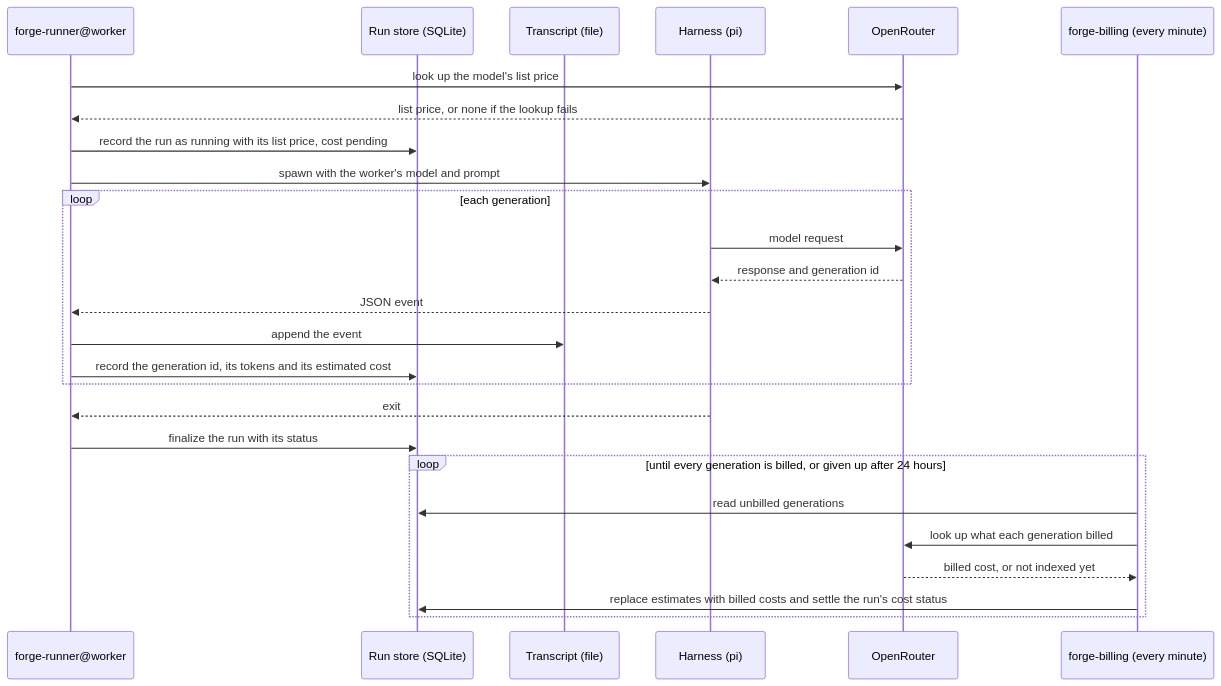
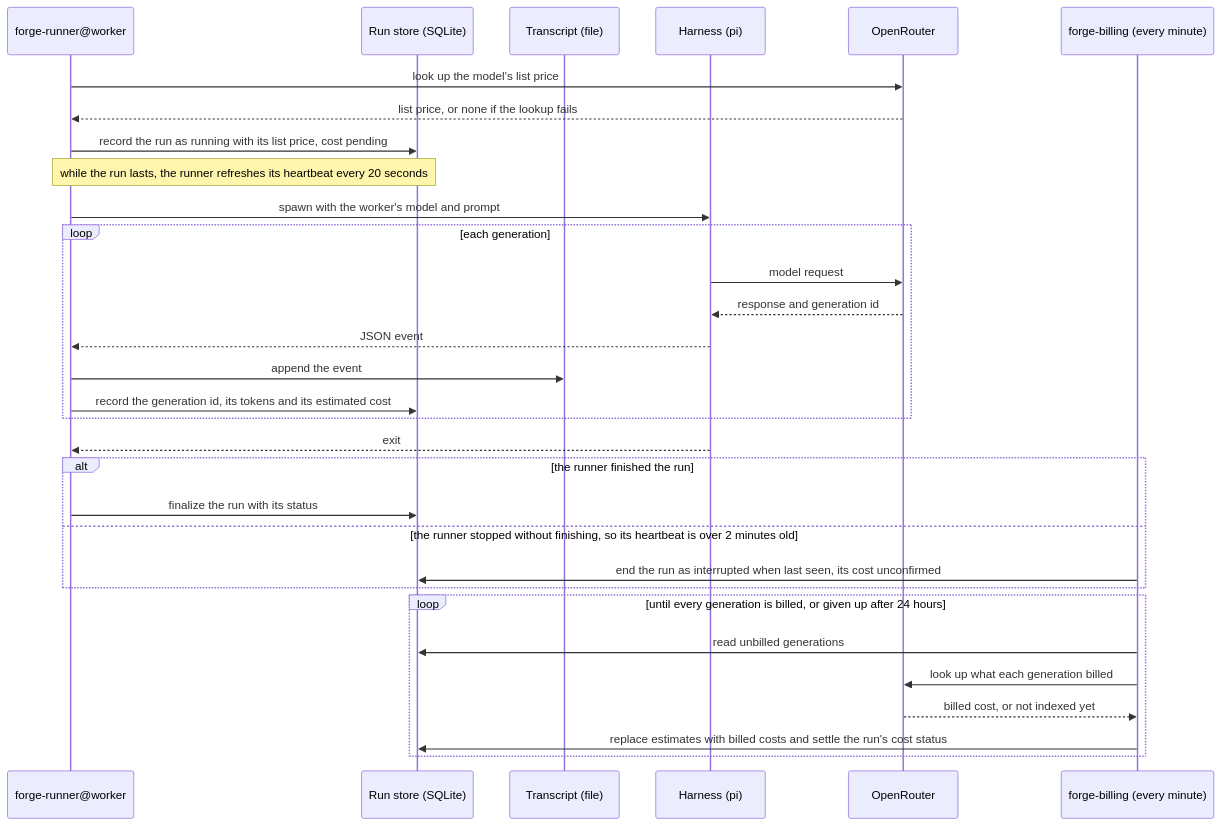
The third of 3 diagrams in README.md (rameezk/forge), drawn with Mermaid before and after one commit. The commit also changed 25 other files, not shown here.

Commit message:
feat: end a run whose runner stopped as interrupted (#271)

````diff
--- a/README.md
+++ b/README.md
@@ -99,29 +99,34 @@
 ```mermaid
 sequenceDiagram
     participant R as forge-runner@worker
     participant S as Run store (SQLite)
     participant T as Transcript (file)
     participant H as Harness (pi)
     participant O as OpenRouter
     participant B as forge-billing (every minute)
 
     R->>O: look up the model's list price
     O-->>R: list price, or none if the lookup fails
     R->>S: record the run as running with its list price, cost pending
+    Note over R,S: while the run lasts, the runner refreshes its heartbeat every 20 seconds
     R->>H: spawn with the worker's model and prompt
     loop each generation
         H->>O: model request
         O-->>H: response and generation id
         H-->>R: JSON event
         R->>T: append the event
         R->>S: record the generation id, its tokens and its estimated cost
     end
     H-->>R: exit
-    R->>S: finalize the run with its status
+    alt the runner finished the run
+        R->>S: finalize the run with its status
+    else the runner stopped without finishing, so its heartbeat is over 2 minutes old
+        B->>S: end the run as interrupted when last seen, its cost unconfirmed
+    end
     loop until every generation is billed, or given up after 24 hours
         B->>S: read unbilled generations
         B->>O: look up what each generation billed
         O-->>B: billed cost, or not indexed yet
         B->>S: replace estimates with billed costs and settle the run's cost status
     end
 ```
````
